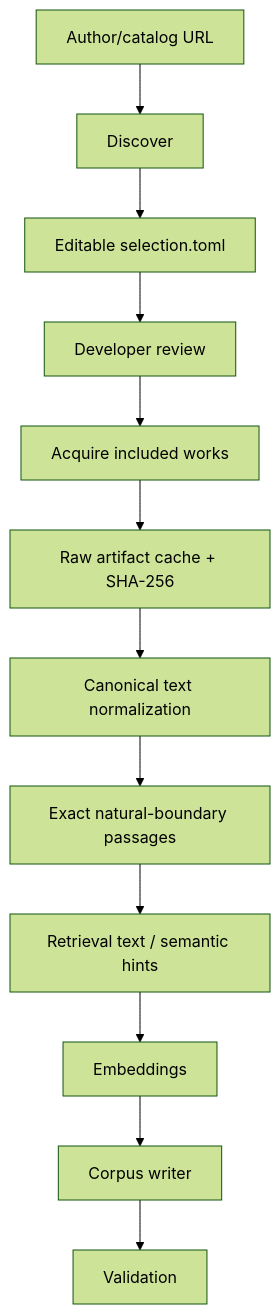
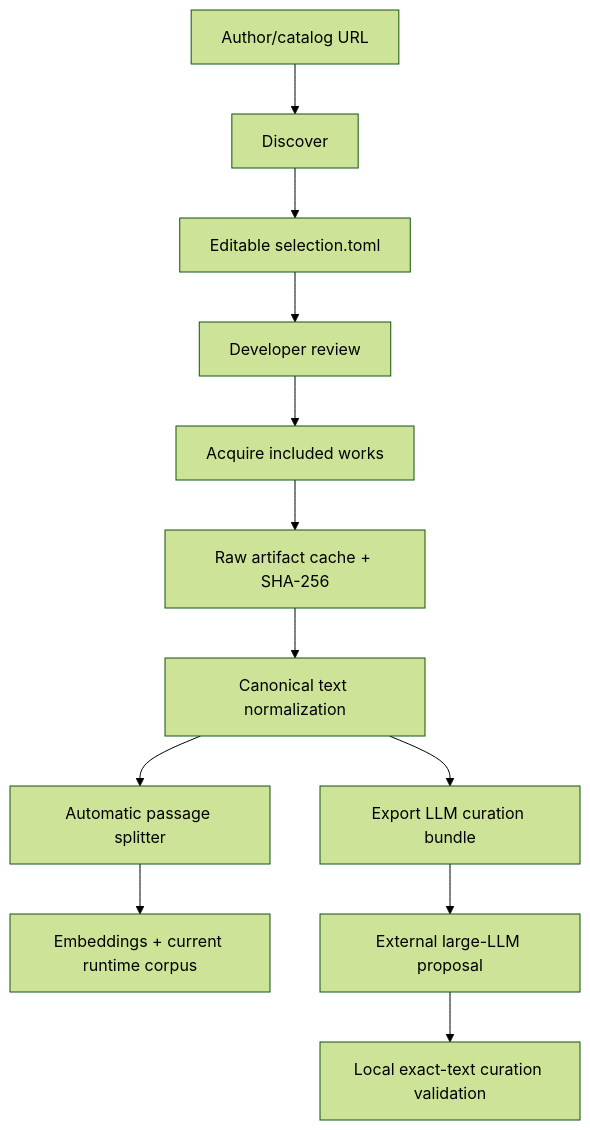
The diagram in corpus-builder/README.md (folk21/sibyl), drawn with Mermaid (forest theme) before and after one commit. The commit also changed other lines of this file and 27 other files, not shown here.

````diff
--- a/corpus-builder/README.md
+++ b/corpus-builder/README.md
@@ -7,14 +7,14 @@
 ```mermaid
 flowchart TD
     U[Author/catalog URL] --> D[Discover]
     D --> S[Editable selection.toml]
     S --> R[Developer review]
     R --> A[Acquire included works]
     A --> C[Raw artifact cache + SHA-256]
     C --> N[Canonical text normalization]
-    N --> P[Exact natural-boundary passages]
-    P --> H[Retrieval text / semantic hints]
-    H --> E[Embeddings]
-    E --> W[Corpus writer]
-    W --> V[Validation]
+    N --> P[Automatic passage splitter]
+    P --> E[Embeddings + current runtime corpus]
+    N --> X[Export LLM curation bundle]
+    X --> L[External large-LLM proposal]
+    L --> V[Local exact-text curation validation]
 ```
````
